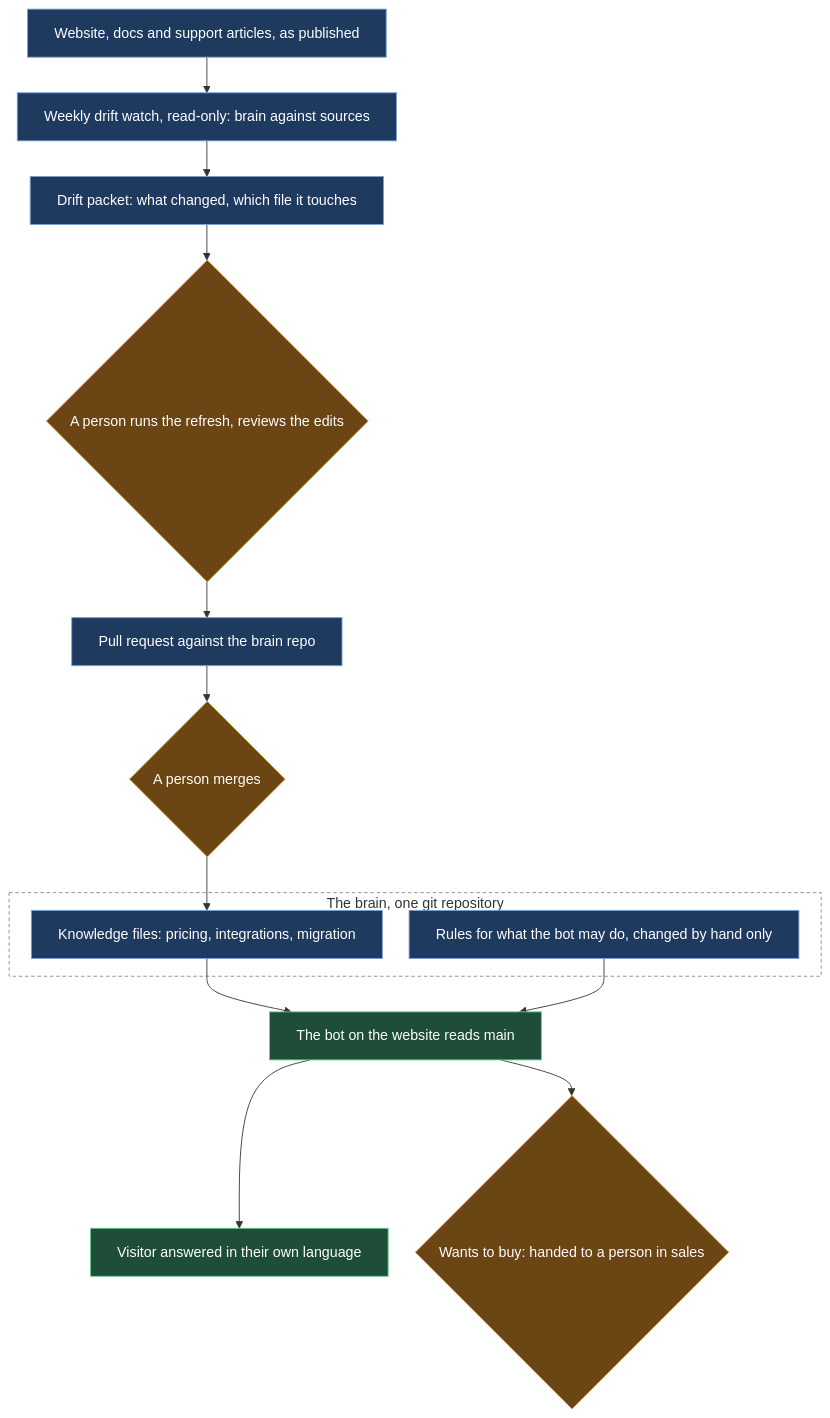
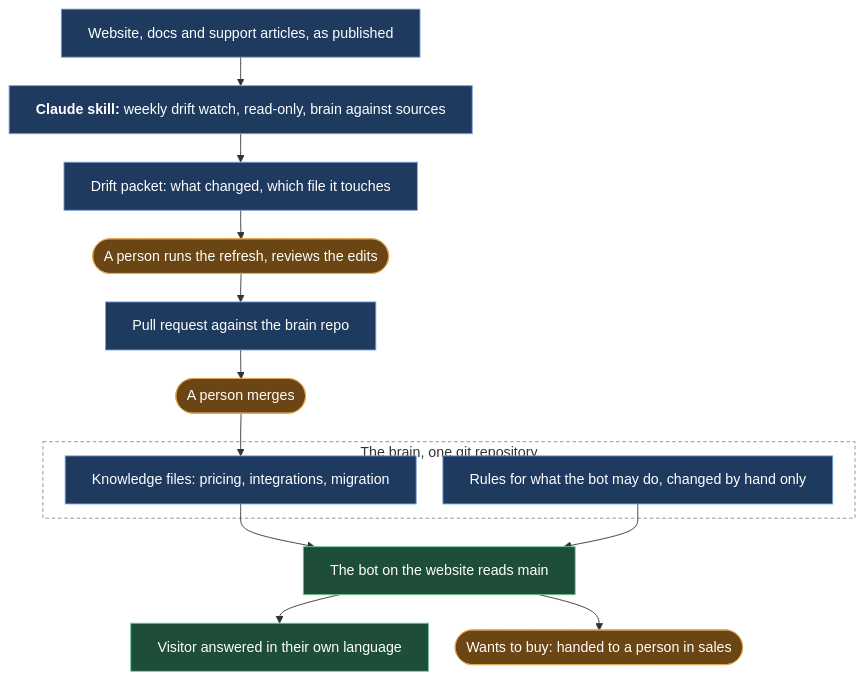
Before and after one commit to nunomnferreirapt/ai-operated-growth-engine: the diagram in evidence/case-studies/03-a-chatbot-that-watches-itself.md, drawn with Mermaid. The commit also changed 4 other files, not shown here.

First line of the commit message:
Diagrams to template v2: no diamonds, rounded boxes for a person, Claude skills named in bold, tighter spacing

````diff
--- a/evidence/case-studies/03-a-chatbot-that-watches-itself.md
+++ b/evidence/case-studies/03-a-chatbot-that-watches-itself.md
@@ -11,22 +11,22 @@
 ```mermaid
-%%{init: {"flowchart": {"wrappingWidth": 600, "nodeSpacing": 30, "rankSpacing": 40}}}%%
+%%{init: {"flowchart": {"wrappingWidth": 600, "nodeSpacing": 30, "rankSpacing": 32}}}%%
 flowchart TB
-    W["Website, docs and support articles, as published"]:::sys --> DR["Weekly drift watch, read-only: brain against sources"]:::sys
+    W["Website, docs and support articles, as published"]:::sys --> DR["`**Claude skill:** weekly drift watch, read-only, brain against sources`"]:::sys
     DR --> PK["Drift packet: what changed, which file it touches"]:::sys
-    PK --> RF{"A person runs the refresh, reviews the edits"}:::human
+    PK --> RF(["A person runs the refresh, reviews the edits"]):::human
     RF --> PR["Pull request against the brain repo"]:::sys
-    PR --> MG{"A person merges"}:::human
+    PR --> MG(["A person merges"]):::human
     subgraph BR["The brain, one git repository"]
         KB["Knowledge files: pricing, integrations, migration"]:::sys
         GR["Rules for what the bot may do, changed by hand only"]:::sys
     end
     MG --> KB
     KB --> BOT["The bot on the website reads main"]:::out
     GR --> BOT
     BOT --> VIS["Visitor answered in their own language"]:::out
-    BOT --> SALES{"Wants to buy: handed to a person in sales"}:::human
+    BOT --> SALES(["Wants to buy: handed to a person in sales"]):::human
     classDef sys fill:#1f3a5f,stroke:#7aa2d8,color:#ffffff
     classDef human fill:#6b4514,stroke:#e0a95a,color:#ffffff
     classDef out fill:#1e4d3a,stroke:#6fcf97,color:#ffffff
     style BR fill:transparent,stroke:#7f8c9a,stroke-dasharray:4 3
 ```
````
